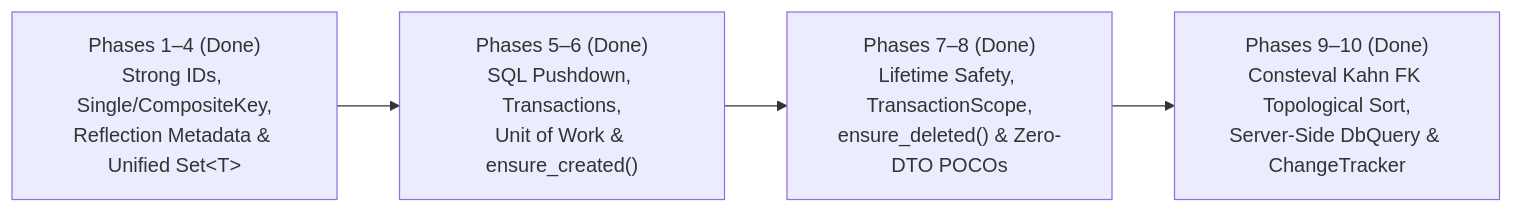
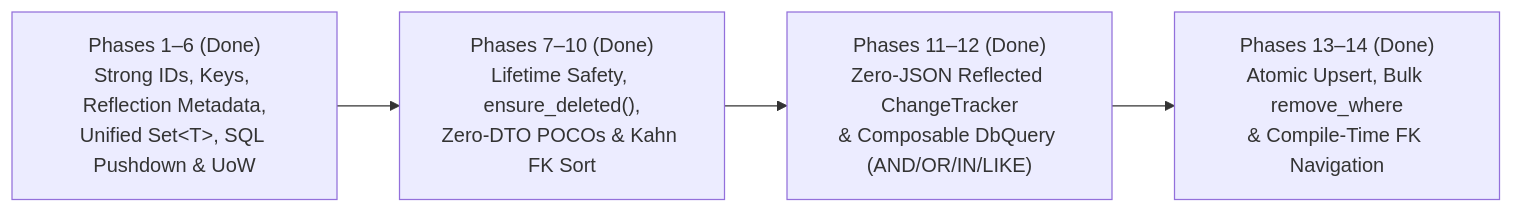
Before and after one commit to mythrz/CodeFirstCppDB_sqlgen: the first of 2 diagrams in readme4.md, drawn with Mermaid. The commit also changed other lines of this file, not shown here.

````diff
--- a/readme4.md
+++ b/readme4.md
@@ -246,6 +252,6 @@
 ```mermaid
 flowchart LR
-    P14["Phases 1–4 (Done)<br/>Strong IDs, Single/CompositeKey,<br/>Reflection Metadata &amp; Unified Set&lt;T&gt;"] --> P56["Phases 5–6 (Done)<br/>SQL Pushdown, Transactions,<br/>Unit of Work &amp; ensure_created()"]
-    P56 --> P78["Phases 7–8 (Done)<br/>Lifetime Safety, TransactionScope,<br/>ensure_deleted() &amp; Zero-DTO POCOs"]
-    P78 --> P910["Phases 9–10 (Done)<br/>Consteval Kahn FK Topological Sort,<br/>Server-Side DbQuery &amp; ChangeTracker"]
+    P16["Phases 1–6 (Done)<br/>Strong IDs, Keys, Reflection Metadata,<br/>Unified Set&lt;T&gt;, SQL Pushdown &amp; UoW"] --> P710["Phases 7–10 (Done)<br/>Lifetime Safety, ensure_deleted(),<br/>Zero-DTO POCOs &amp; Kahn FK Sort"]
+    P710 --> P1112["Phases 11–12 (Done)<br/>Zero-JSON Reflected ChangeTracker<br/>&amp; Composable DbQuery (AND/OR/IN/LIKE)"]
+    P1112 --> P1314["Phases 13–14 (Done)<br/>Atomic Upsert, Bulk remove_where<br/>&amp; Compile-Time FK Navigation"]
 ```
````
